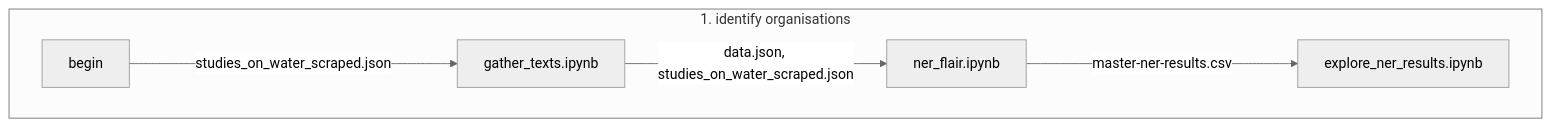
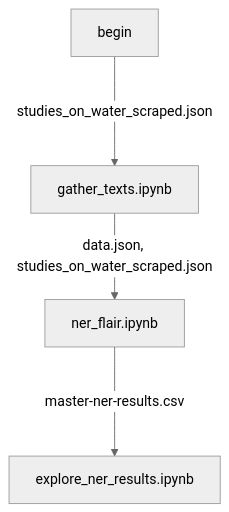
One commit to disaster-capitalism/named-entities changed the first of 3 diagrams in README.md. Above: the diagram before and after it, drawn with Mermaid (neutral theme). The commit also changed other lines of this file, not shown here.

Commit message:
makes pipeline diagrams vertical

````diff
--- a/README.md
+++ b/README.md
@@ -127,6 +130,4 @@
 ```mermaid
 flowchart TB
-    subgraph "1. identify organisations"
     begin -- studies_on_water_scraped.json ---> gather_texts.ipynb -- data.json, studies_on_water_scraped.json --> ner_flair.ipynb -- master-ner-results.csv ---> explore_ner_results.ipynb
-    end
 ```
````
